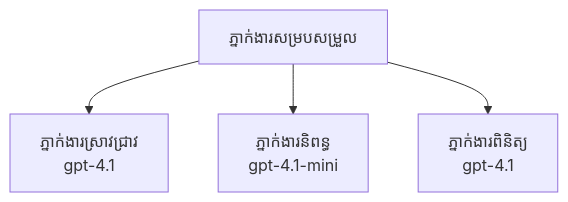
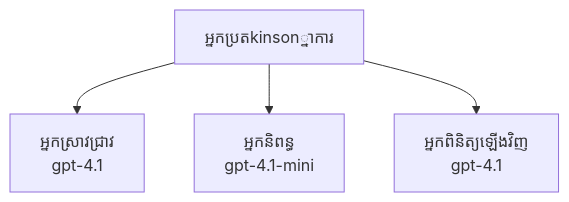
One commit to microsoft/AZD-for-beginners changed the third of 3 diagrams in translations/km/docs/chapter-02-ai-development/agents.md. Above: the diagram before and after it, drawn with Mermaid. The commit also changed other lines of this file and 20 other files, not shown here.

````diff
--- a/translations/km/docs/chapter-02-ai-development/agents.md
+++ b/translations/km/docs/chapter-02-ai-development/agents.md
@@ -201,6 +201,6 @@
 ```mermaid
 graph TD
-    Orchestrator[ភ្នាក់ងារ​សម្របសម្រួល] --> Research[ភ្នាក់ងារ​ស្រាវជ្រាវ<br/>gpt-4.1]
-    Orchestrator --> Writer[ភ្នាក់ងារ​និពន្ធ<br/>gpt-4.1-mini]
-    Orchestrator --> Reviewer[ភ្នាក់ងារ​ពិនិត្យ<br/>gpt-4.1]
+    Orchestrator[អ្នកប្រតkinson្នាការ] --> Research[អ្នកស្រាវជ្រាវ<br/>gpt-4.1]
+    Orchestrator --> Writer[អ្នកនិពន្ធ<br/>gpt-4.1-mini]
+    Orchestrator --> Reviewer[អ្នកពិនិត្យឡើងវិញ<br/>gpt-4.1]
 ```
````
